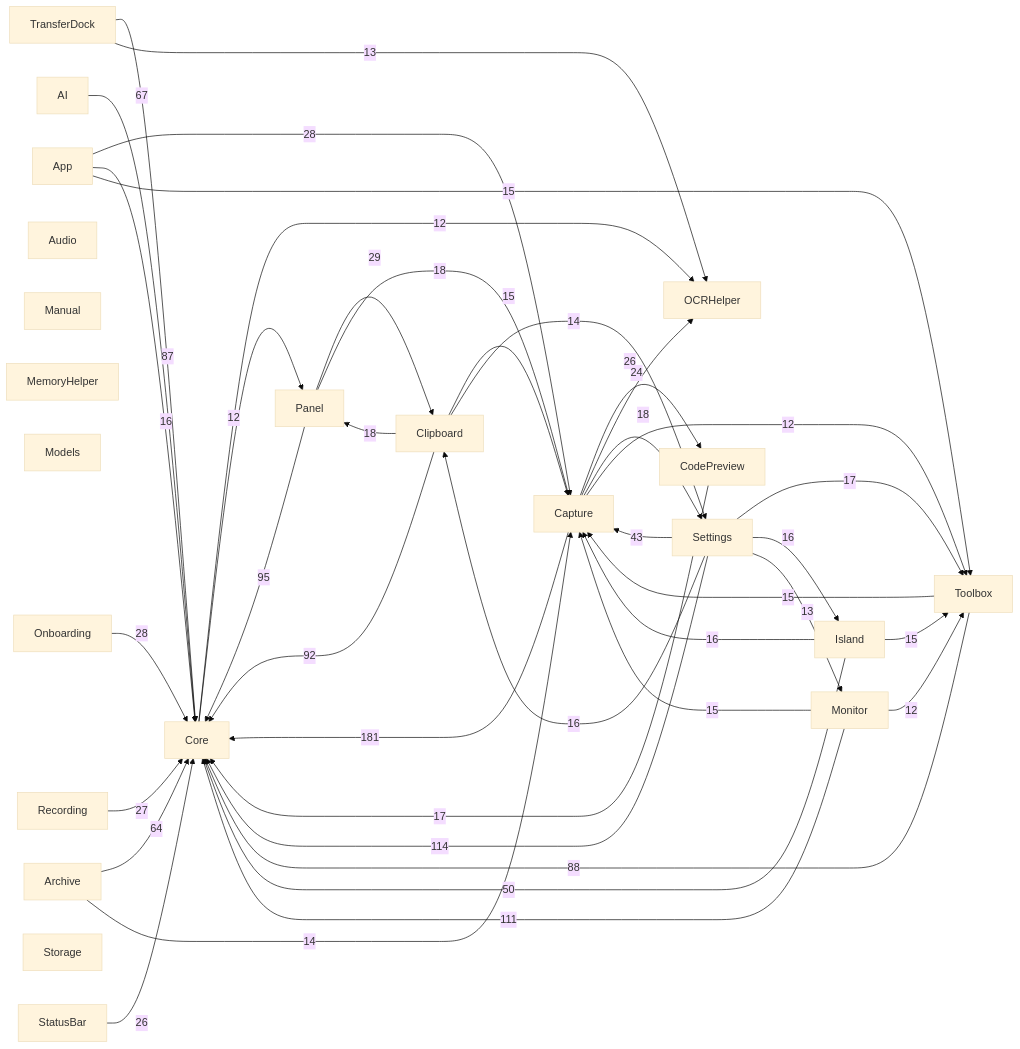
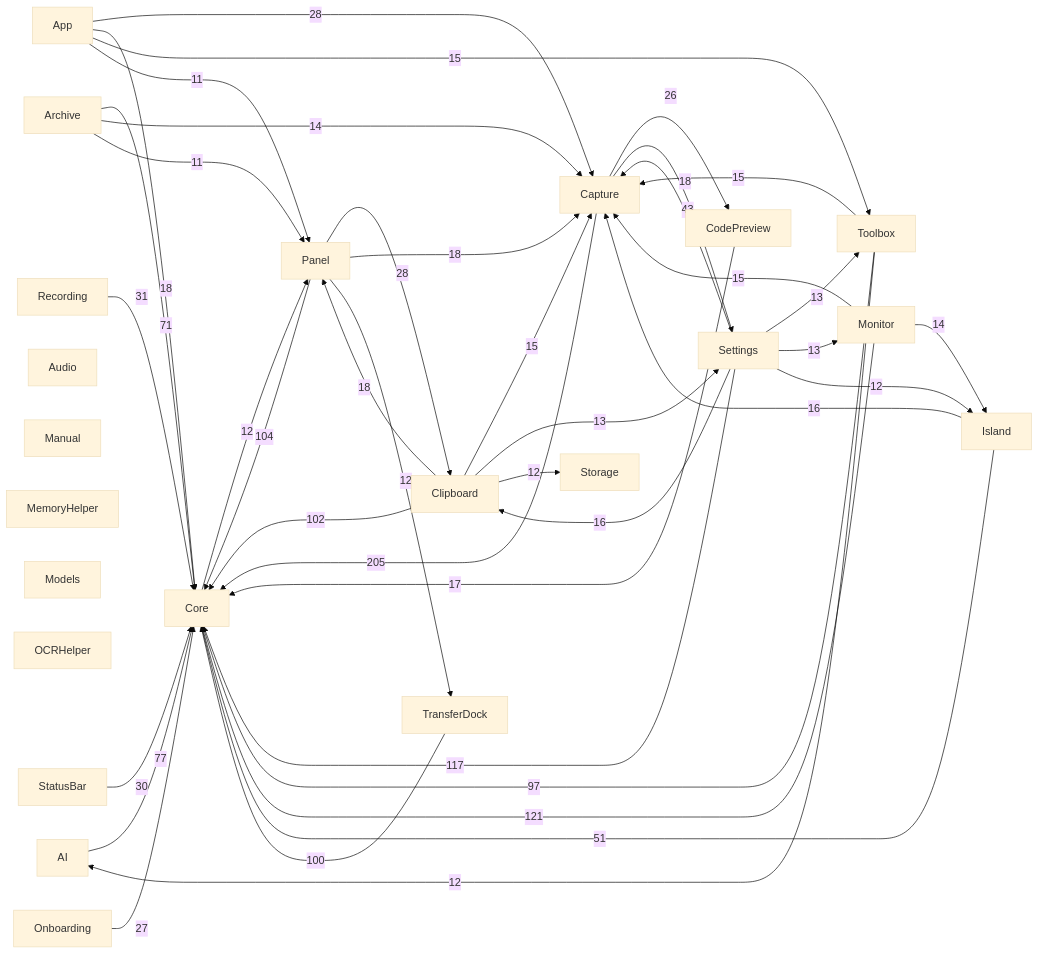
Before and after one commit to sxyq/Kitnest: the diagram in docs/00-总览/模块依赖图.md, drawn with Mermaid (base theme). The commit also changed other lines of this file and 99 other files, not shown here.

````diff
--- a/docs/00-总览/模块依赖图.md
+++ b/docs/00-总览/模块依赖图.md
@@ -36,65 +36,65 @@
 ```mermaid
 flowchart LR
   M0["AI"]
   M1["App"]
   M2["Archive"]
   M3["Audio"]
   M4["Capture"]
   M5["Clipboard"]
   M6["CodePreview"]
   M7["Core"]
   M8["Island"]
   M9["Manual"]
   M10["MemoryHelper"]
   M11["Models"]
   M12["Monitor"]
   M13["OCRHelper"]
   M14["Onboarding"]
   M15["Panel"]
   M16["Recording"]
   M17["Settings"]
   M18["StatusBar"]
   M19["Storage"]
   M20["Toolbox"]
   M21["TransferDock"]
-  M4 -->|181| M7
-  M17 -->|114| M7
-  M12 -->|111| M7
-  M15 -->|95| M7
-  M5 -->|92| M7
-  M20 -->|88| M7
-  M21 -->|87| M7
-  M0 -->|67| M7
-  M2 -->|64| M7
-  M8 -->|50| M7
+  M4 -->|205| M7
+  M12 -->|121| M7
+  M17 -->|117| M7
+  M15 -->|104| M7
+  M5 -->|102| M7
+  M21 -->|100| M7
+  M20 -->|97| M7
+  M0 -->|77| M7
+  M2 -->|71| M7
+  M8 -->|51| M7
   M17 -->|43| M4
-  M15 -->|29| M5
+  M16 -->|31| M7
+  M18 -->|30| M7
   M1 -->|28| M4
-  M14 -->|28| M7
-  M16 -->|27| M7
+  M15 -->|28| M5
+  M14 -->|27| M7
   M4 -->|26| M6
-  M18 -->|26| M7
-  M4 -->|24| M13
+  M1 -->|18| M7
   M4 -->|18| M17
+  M5 -->|18| M15
   M15 -->|18| M4
-  M5 -->|18| M15
-  M17 -->|17| M20
   M6 -->|17| M7
-  M1 -->|16| M7
+  M8 -->|16| M4
   M17 -->|16| M5
-  M17 -->|16| M8
-  M8 -->|16| M4
   M1 -->|15| M20
+  M5 -->|15| M4
   M12 -->|15| M4
   M20 -->|15| M4
-  M8 -->|15| M20
-  M5 -->|15| M4
   M2 -->|14| M4
-  M5 -->|14| M17
+  M12 -->|14| M8
+  M5 -->|13| M17
+  M17 -->|13| M20
   M17 -->|13| M12
-  M21 -->|13| M13
-  M7 -->|12| M13
   M7 -->|12| M15
-  M4 -->|12| M20
-  M12 -->|12| M20
+  M5 -->|12| M19
+  M15 -->|12| M21
+  M17 -->|12| M8
+  M20 -->|12| M0
+  M1 -->|11| M15
+  M2 -->|11| M15
 ```
````
